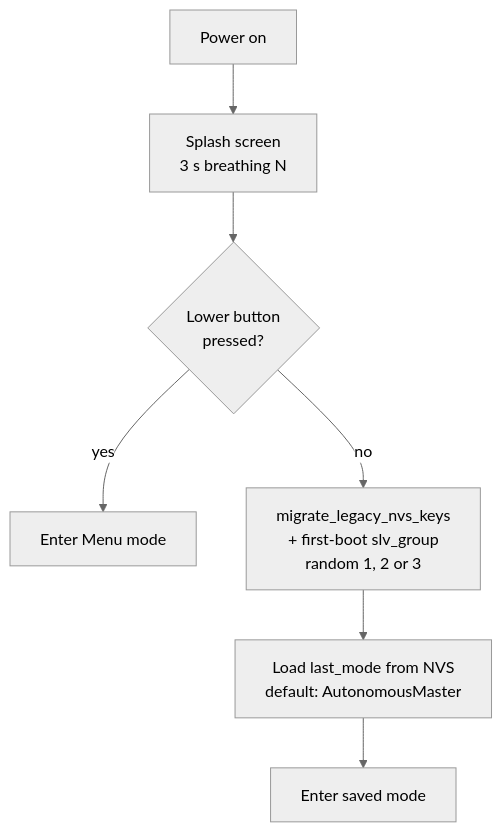
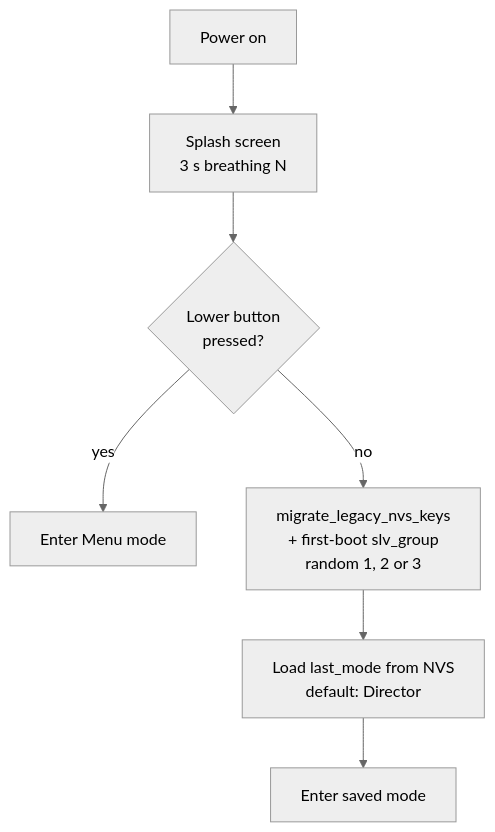
One commit to ratcliffej/nocturnation-stickc changed the second of 8 diagrams in docs/manuals/flow-diagrams.md. Above: the diagram before and after it, drawn with Mermaid (neutral theme). The commit also changed other lines of this file and 14 other files, not shown here.

````diff
--- a/docs/manuals/flow-diagrams.md
+++ b/docs/manuals/flow-diagrams.md
@@ -79,9 +79,9 @@
 ```mermaid
 flowchart TD
     Power[Power on] --> Splash[Splash screen<br/>3 s breathing N]
     Splash --> Interrupt{Lower button<br/>pressed?}
     Interrupt -- "yes" --> Menu[Enter Menu mode]
     Interrupt -- "no" --> Migrate[migrate_legacy_nvs_keys<br/>+ first-boot slv_group<br/>random 1, 2 or 3]
-    Migrate --> Load[Load last_mode from NVS<br/>default: AutonomousMaster]
+    Migrate --> Load[Load last_mode from NVS<br/>default: Director]
     Load --> Enter[Enter saved mode]
 ```
````
